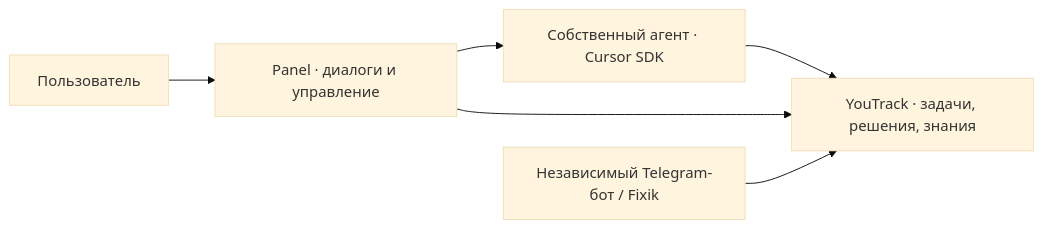
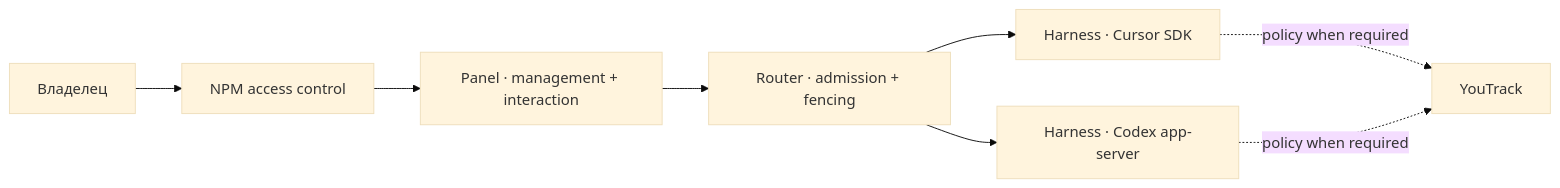
The diagram in README.md (boxvtk621/homelab-telegram-panel), drawn with Mermaid (base theme) before and after one commit. The commit also changed other lines of this file and 49 other files, not shown here.

Commit message:
fix(panel): remove YouTrack UI and credentials

````diff
--- a/README.md
+++ b/README.md
@@ -87,8 +35,10 @@
 ```mermaid
 flowchart LR
-    User[Пользователь] --> Panel[Panel · диалоги и управление]
-    Panel --> Agent[Собственный агент · Cursor SDK]
-    Agent --> YT[YouTrack · задачи, решения, знания]
-    Panel --> YT
-    Bot[Независимый Telegram-бот / Fixik] --> YT
+    User[Владелец] --> Edge[NPM access control]
+    Edge --> Panel[Panel · management + interaction]
+    Panel --> Router[Router · admission + fencing]
+    Router --> Cursor[Harness · Cursor SDK]
+    Router --> Codex[Harness · Codex app-server]
+    Cursor -. policy when required .-> YT[YouTrack]
+    Codex -. policy when required .-> YT
 ```
````
